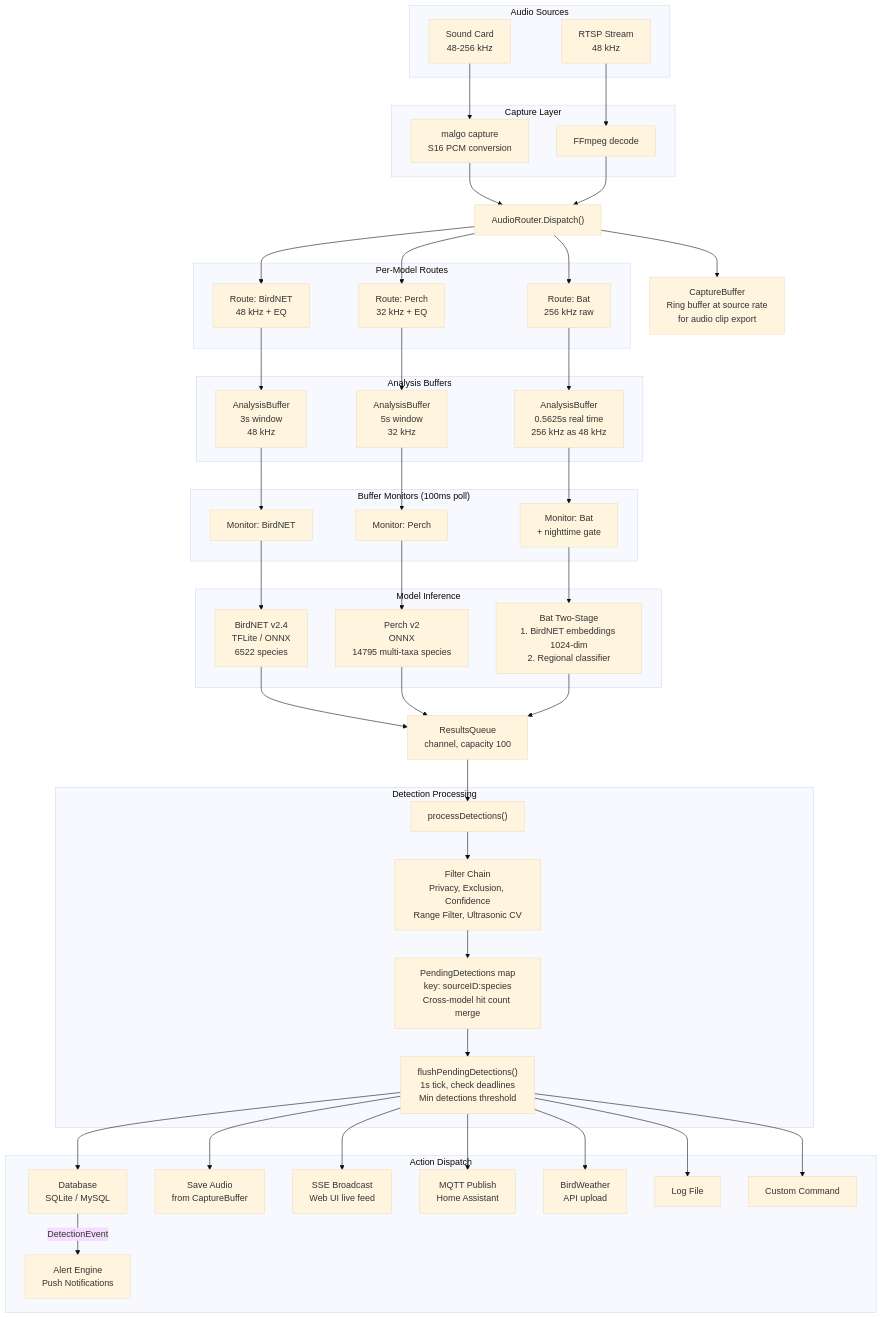
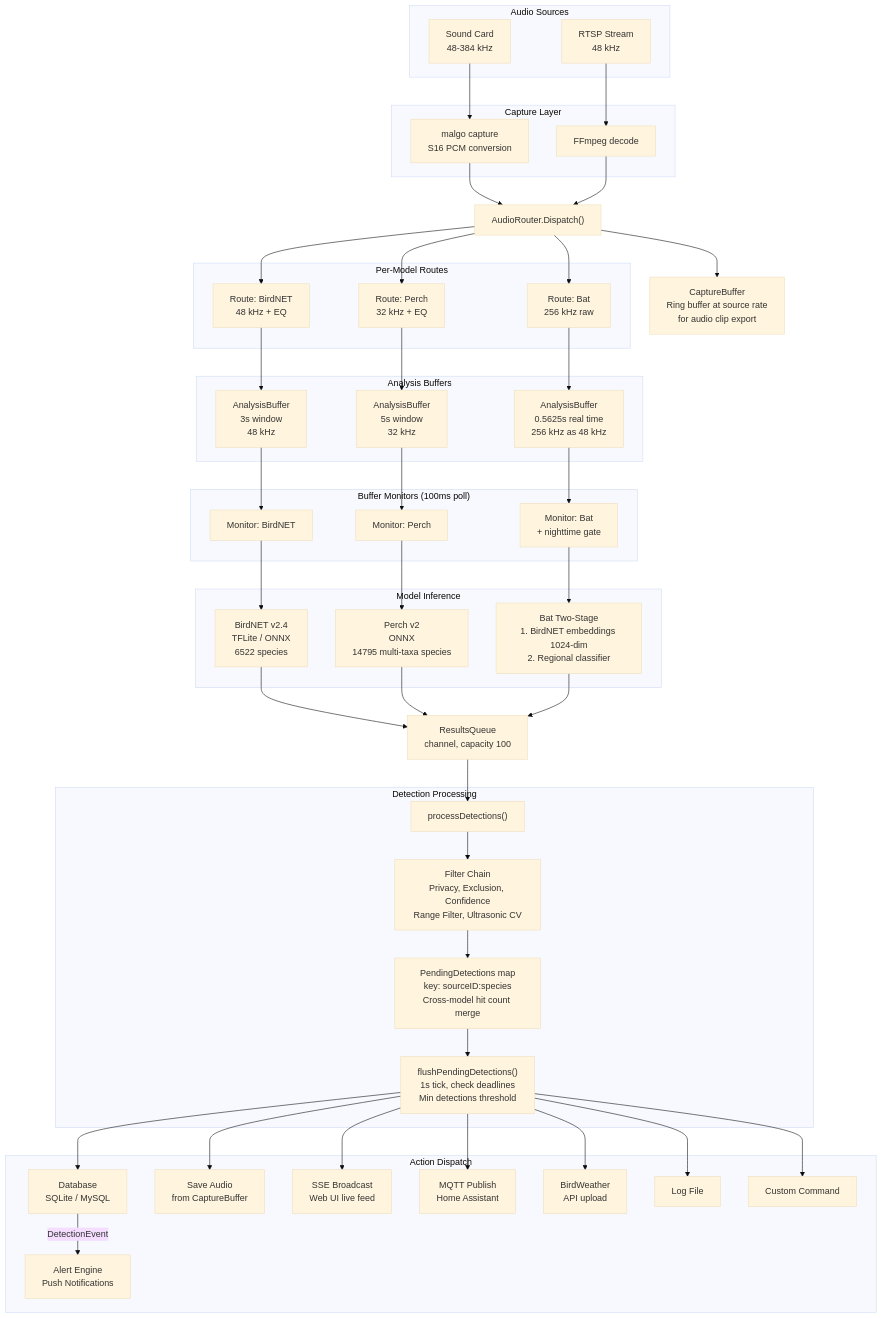
Before and after one commit to tphakala/birdnet-go: the sixth of 6 diagrams in doc/wiki/detection-pipeline.md, drawn with Mermaid (base theme). The commit also changed other lines of this file and 21 other files, not shown here.

````diff
--- a/doc/wiki/detection-pipeline.md
+++ b/doc/wiki/detection-pipeline.md
@@ -321,7 +323,7 @@
 ```mermaid
 flowchart TB
     subgraph Sources["Audio Sources"]
-        SC["Sound Card\n48-256 kHz"]
+        SC["Sound Card\n48-384 kHz"]
         RTSP["RTSP Stream\n48 kHz"]
     end
 
````
